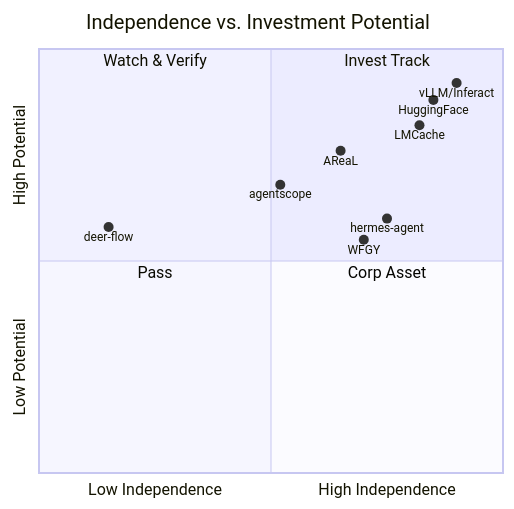
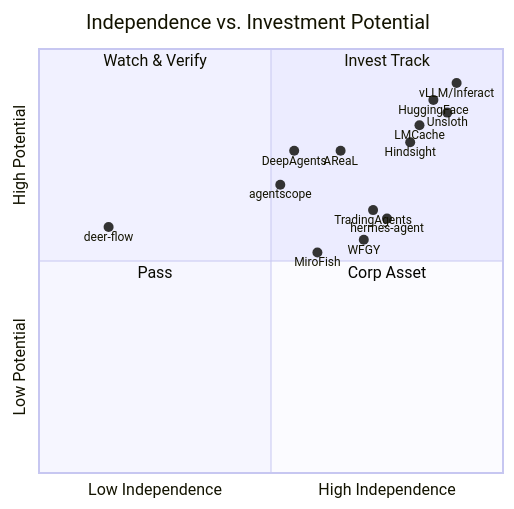
Before and after one commit to lucy-cxy/oss-investment-scorecard: the second of 2 diagrams in README.md, drawn with Mermaid. The commit also changed other lines of this file and 1 other file, not shown here.

First line of the commit message:
feat: W13 update — README expanded to 13 projects with charts, CHANGELOG updated

````diff
--- a/README.md
+++ b/README.md
@@ -103,18 +103,23 @@
 ```mermaid
 quadrantChart
     title Independence vs. Investment Potential
     x-axis Low Independence --> High Independence
     y-axis Low Potential --> High Potential
     quadrant-1 Invest Track
     quadrant-2 Watch & Verify
     quadrant-3 Pass
     quadrant-4 Corp Asset
     vLLM/Inferact: [0.90, 0.92]
     HuggingFace: [0.85, 0.88]
+    Unsloth: [0.88, 0.85]
     LMCache: [0.82, 0.82]
+    Hindsight: [0.80, 0.78]
+    DeepAgents: [0.55, 0.76]
     AReaL: [0.65, 0.76]
     agentscope: [0.52, 0.68]
+    TradingAgents: [0.72, 0.62]
     hermes-agent: [0.75, 0.60]
+    deer-flow: [0.15, 0.58]
     WFGY: [0.70, 0.55]
-    deer-flow: [0.15, 0.58]
+    MiroFish: [0.60, 0.52]
 ```
````
